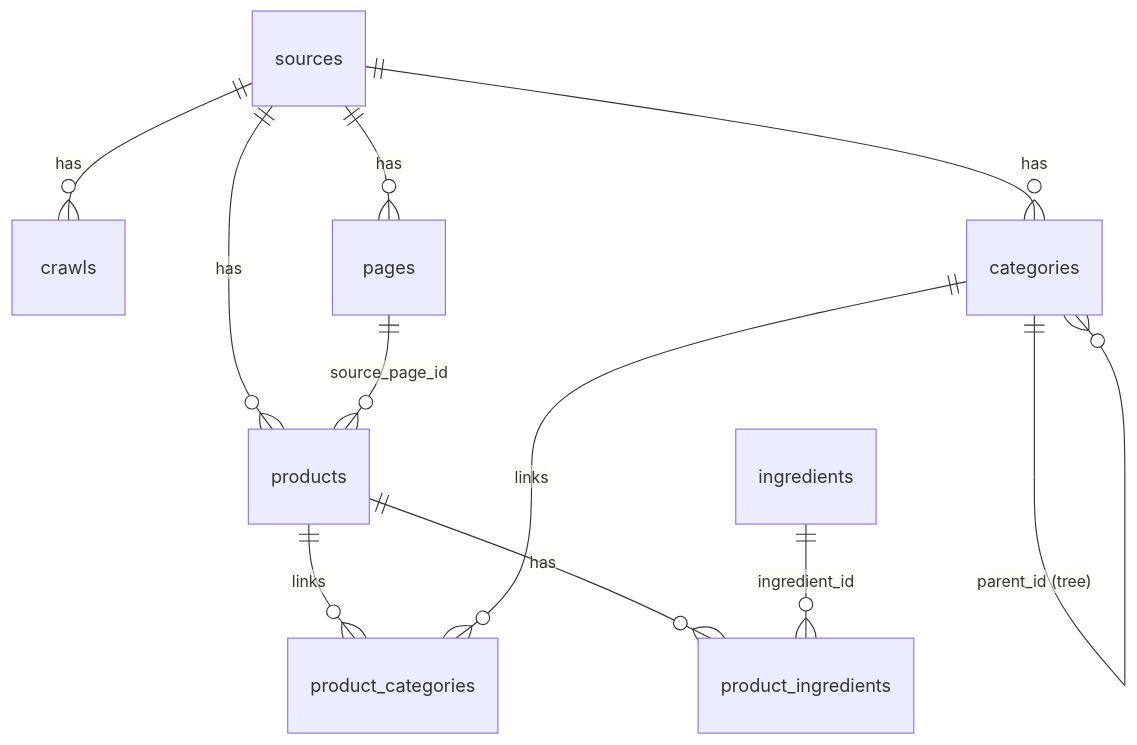
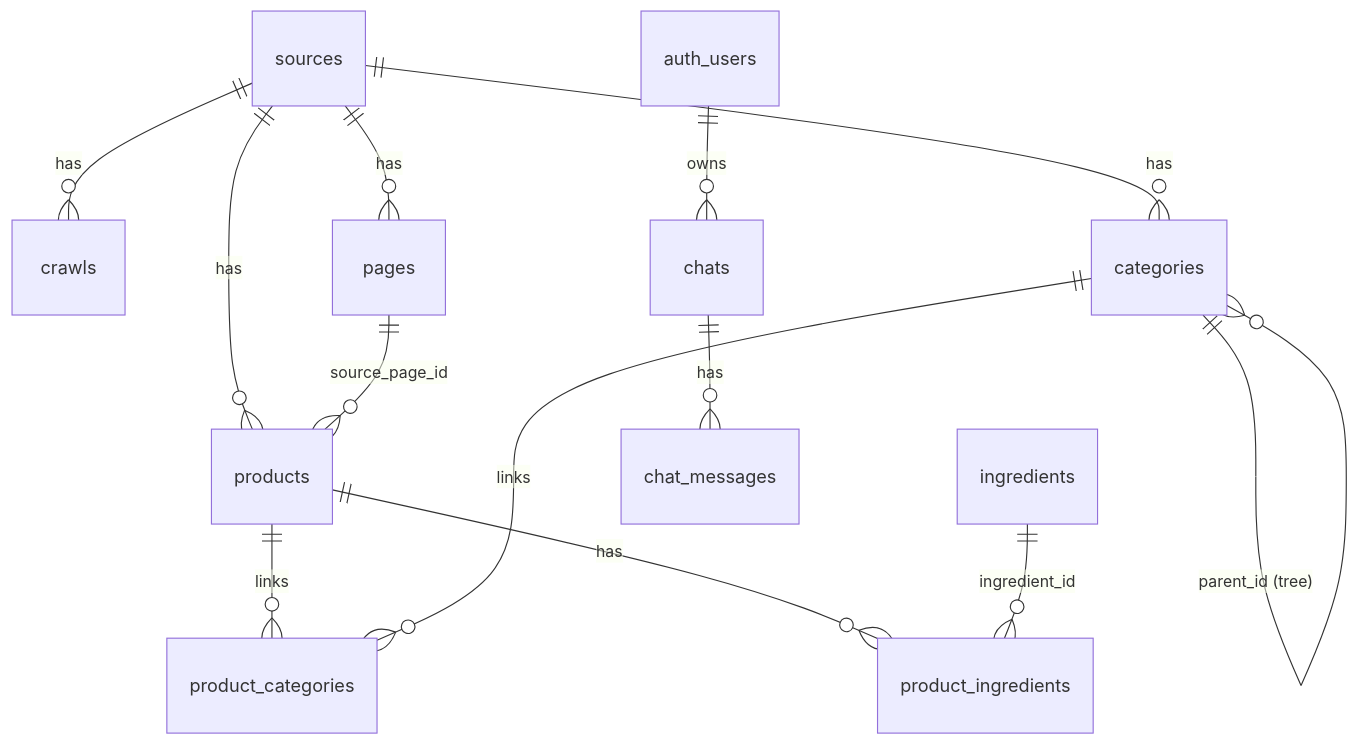
The diagram in DATABASE_USAGE.md (Epic2077/pharmashiva), drawn with Mermaid before and after one commit. The commit also changed other lines of this file and 61 other files, not shown here.

````diff
--- a/DATABASE_USAGE.md
+++ b/DATABASE_USAGE.md
@@ -165,13 +211,15 @@
 ```mermaid
 erDiagram
   sources ||--o{ crawls : has
   sources ||--o{ pages : has
   sources ||--o{ categories : has
   sources ||--o{ products : has
   pages ||--o{ products : "source_page_id"
   products ||--o{ product_categories : links
   categories ||--o{ product_categories : links
   categories ||--o{ categories : "parent_id (tree)"
   products ||--o{ product_ingredients : has
   ingredients ||--o{ product_ingredients : "ingredient_id"
+  auth_users ||--o{ chats : owns
+  chats ||--o{ chat_messages : has
 ```
````
